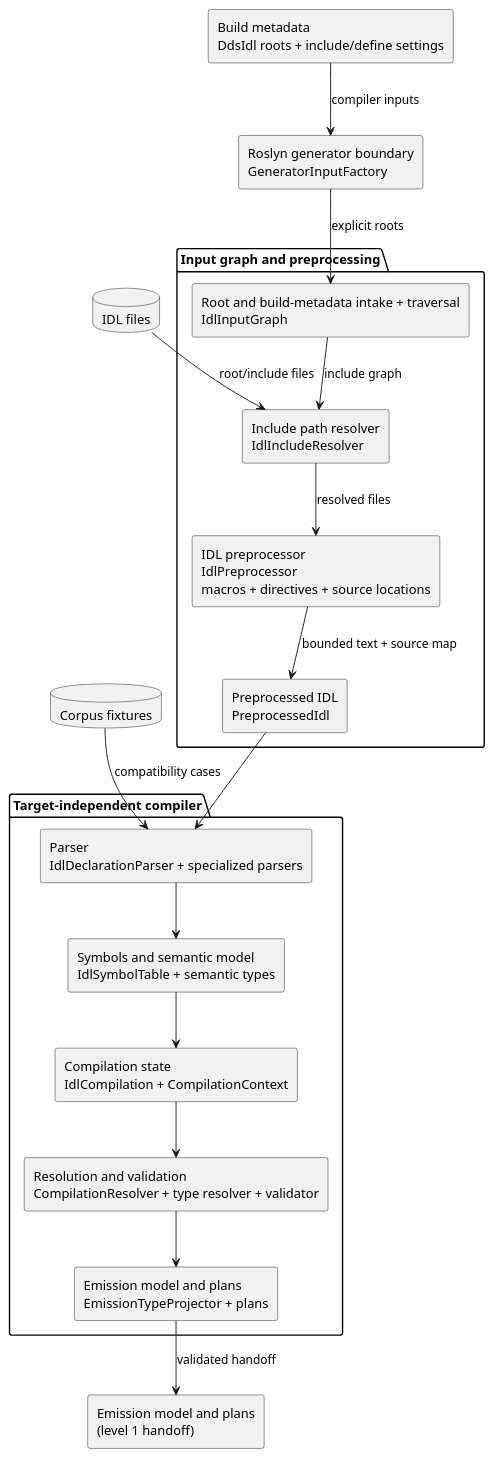
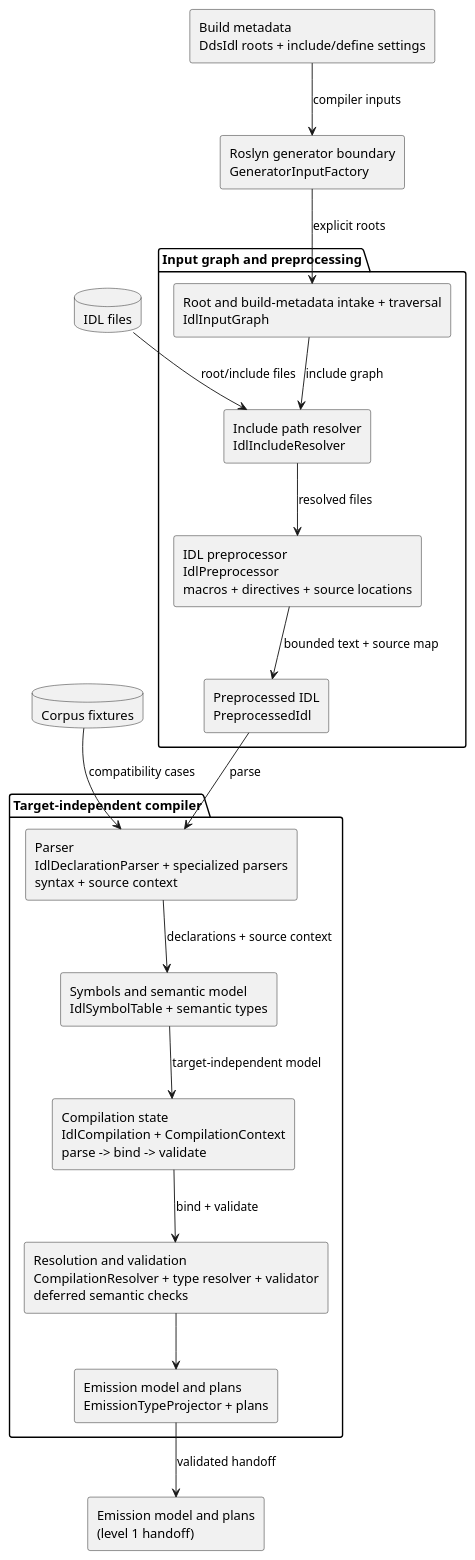
One commit to eNeRGy164/wireloom changed the diagram in docs/architecture/arc42/images/05/level-2-compiler-and-preprocessing.puml. Above: the diagram before and after it, drawn with PlantUML. The commit also changed 15 other files, not shown here.

Commit message:
Align documentation with compiler architecture

```diff
--- a/docs/architecture/arc42/images/05/level-2-compiler-and-preprocessing.puml
+++ b/docs/architecture/arc42/images/05/level-2-compiler-and-preprocessing.puml
@@ -1,39 +1,39 @@
 @startuml
 skinparam componentStyle rectangle
 
 rectangle "Roslyn generator boundary\nGeneratorInputFactory" as roslyn
 rectangle "Build metadata\nDdsIdl roots + include/define settings" as metadata
 database "IDL files" as idl
 database "Corpus fixtures" as corpus
 
 package "Input graph and preprocessing" {
   rectangle "Root and build-metadata intake + traversal\nIdlInputGraph" as graph
   rectangle "Include path resolver\nIdlIncludeResolver" as includes
   rectangle "IDL preprocessor\nIdlPreprocessor\nmacros + directives + source locations" as preprocessor
   rectangle "Preprocessed IDL\nPreprocessedIdl" as preprocessed
 }
 
 package "Target-independent compiler" {
-  rectangle "Parser\nIdlDeclarationParser + specialized parsers" as parser
+  rectangle "Parser\nIdlDeclarationParser + specialized parsers\nsyntax + source context" as parser
   rectangle "Symbols and semantic model\nIdlSymbolTable + semantic types" as semantic
-  rectangle "Compilation state\nIdlCompilation + CompilationContext" as compilation
-  rectangle "Resolution and validation\nCompilationResolver + type resolver + validator" as resolution
+  rectangle "Compilation state\nIdlCompilation + CompilationContext\nparse -> bind -> validate" as compilation
+  rectangle "Resolution and validation\nCompilationResolver + type resolver + validator\ndeferred semantic checks" as resolution
   rectangle "Emission model and plans\nEmissionTypeProjector + plans" as plans
 }
 
 rectangle "Emission model and plans\n(level 1 handoff)" as level1
 
 metadata --> roslyn : compiler inputs
 roslyn --> graph : explicit roots
 idl --> includes : root/include files
 graph --> includes : include graph
 includes --> preprocessor : resolved files
 preprocessor --> preprocessed : bounded text + source map
-preprocessed --> parser
-parser --> semantic
-semantic --> compilation
-compilation --> resolution
+preprocessed --> parser : parse
+parser --> semantic : declarations + source context
+semantic --> compilation : target-independent model
+compilation --> resolution : bind + validate
 resolution --> plans
 corpus --> parser : compatibility cases
 plans --> level1 : validated handoff
 @enduml
```
